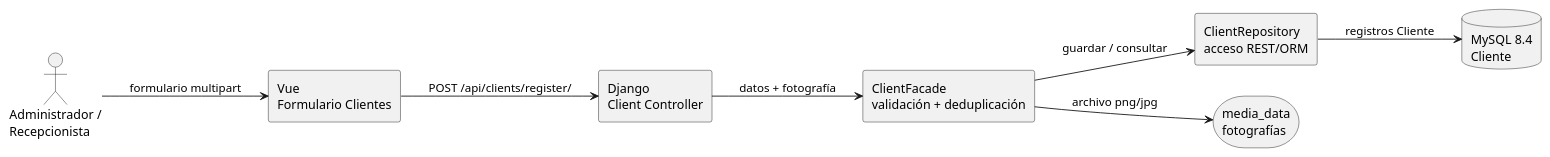
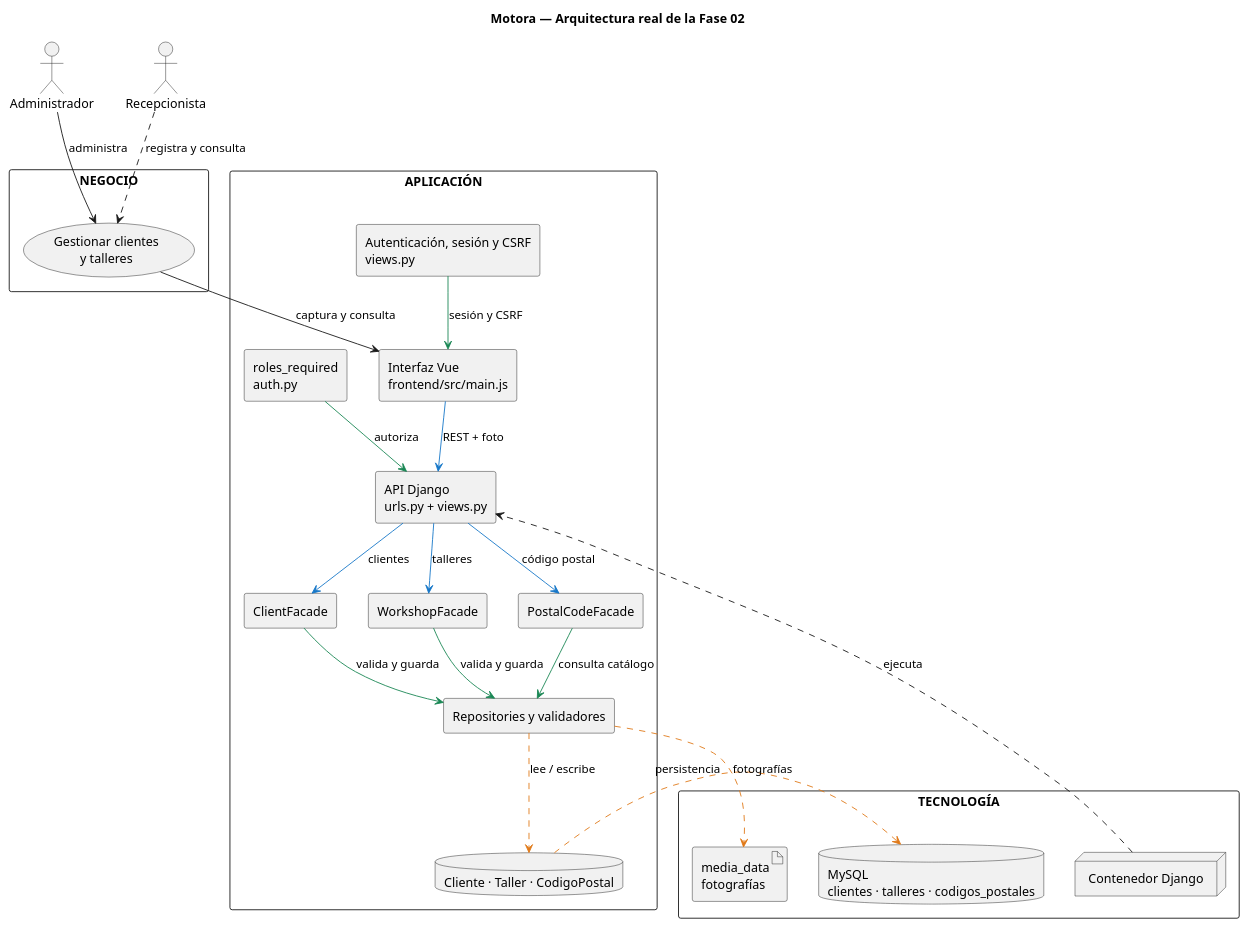
The diagram in docs/registro_clientes_componentes.puml (abaenanava/Taller-mecanico-software), drawn with PlantUML before and after one commit. The commit also changed 3 other files, not shown here.

Commit message:
docs: actualizar diagrama ArchiMate fase 02

```diff
--- a/docs/registro_clientes_componentes.puml
+++ b/docs/registro_clientes_componentes.puml
@@ -1,17 +1,47 @@
 @startuml
-left to right direction
+title Motora — Arquitectura real de la Fase 02
 skinparam componentStyle rectangle
-actor "Administrador /\nRecepcionista" as User
-component "Vue\nFormulario Clientes" as Vue
-component "Django\nClient Controller" as Controller
-component "ClientFacade\nvalidación + deduplicación" as Facade
-component "ClientRepository\nacceso REST/ORM" as Repository
-database "MySQL 8.4\nCliente" as Mysql
-storage "media_data\nfotografías" as Media
-User --> Vue : formulario multipart
-Vue --> Controller : POST /api/clients/register/
-Controller --> Facade : datos + fotografía
-Facade --> Repository : guardar / consultar
-Repository --> Mysql : registros Cliente
-Facade --> Media : archivo png/jpg
+skinparam shadowing false
+
+actor "Administrador" as admin
+actor "Recepcionista" as reception
+
+rectangle "NEGOCIO" {
+  usecase "Gestionar clientes\ny talleres" as process
+}
+
+rectangle "APLICACIÓN" {
+  component "Interfaz Vue\nfrontend/src/main.js" as vue
+  component "Autenticación, sesión y CSRF\nviews.py" as auth
+  component "API Django\nurls.py + views.py" as api
+  component "roles_required\nauth.py" as roles
+  component "ClientFacade" as clientFacade
+  component "WorkshopFacade" as workshopFacade
+  component "PostalCodeFacade" as postalFacade
+  component "Repositories y validadores" as dataAccess
+  database "Cliente · Taller · CodigoPostal" as data
+}
+
+rectangle "TECNOLOGÍA" {
+  node "Contenedor Django" as django
+  database "MySQL\nclientes · talleres · codigos_postales" as mysql
+  artifact "media_data\nfotografías" as media
+}
+
+admin --> process : administra
+reception ..> process : registra y consulta
+process --> vue : captura y consulta
+auth -[#198754]-> vue : sesión y CSRF
+vue -[#1677c8]-> api : REST + foto
+roles -[#198754]-> api : autoriza
+api -[#1677c8]-> clientFacade : clientes
+api -[#1677c8]-> workshopFacade : talleres
+api -[#1677c8]-> postalFacade : código postal
+clientFacade -[#198754]-> dataAccess : valida y guarda
+workshopFacade -[#198754]-> dataAccess : valida y guarda
+postalFacade -[#198754]-> dataAccess : consulta catálogo
+dataAccess -[#e07918,dashed]-> data : lee / escribe
+data -[#e07918,dashed]-> mysql : persistencia
+dataAccess -[#e07918,dashed]-> media : fotografías
+django ..> api : ejecuta
 @enduml
```
